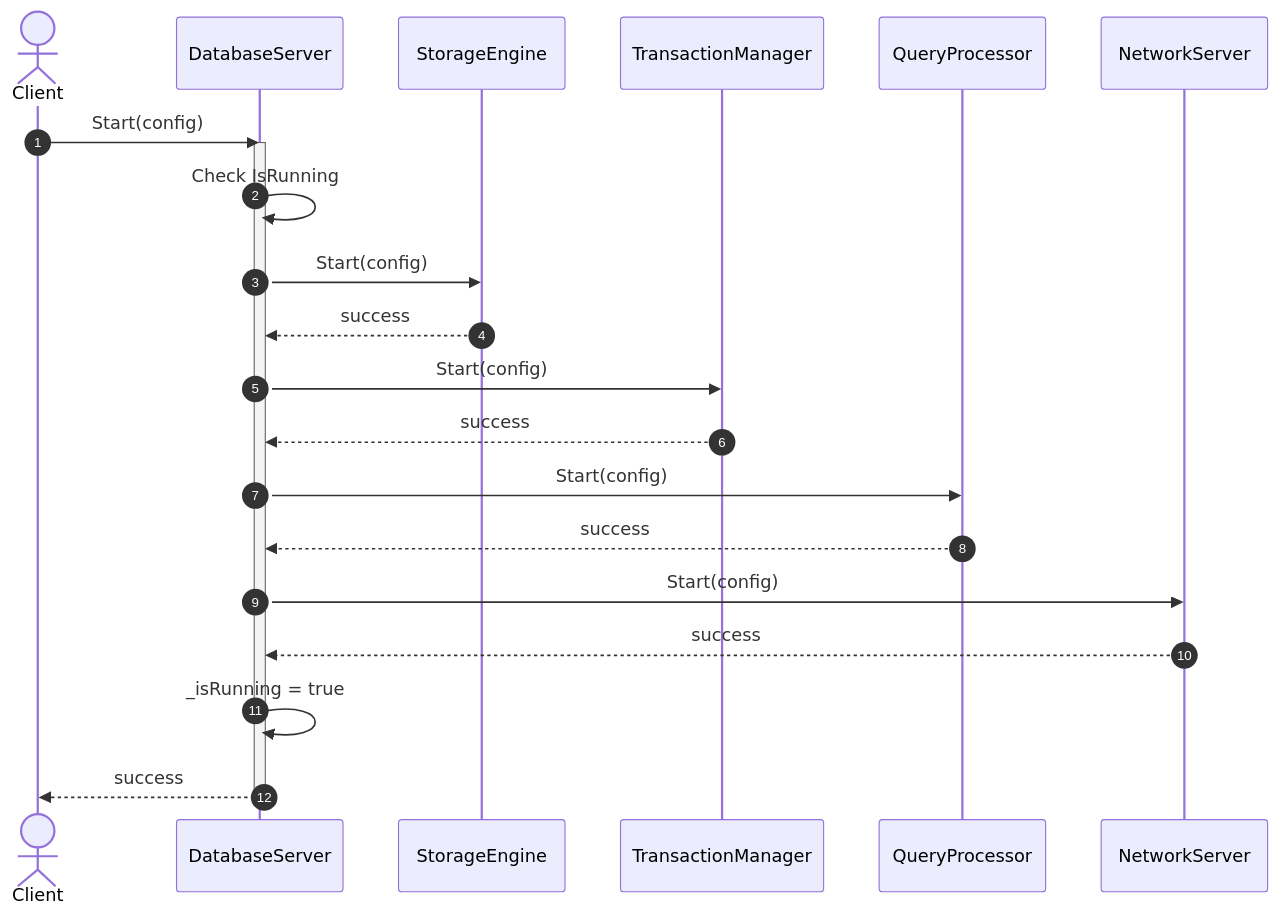
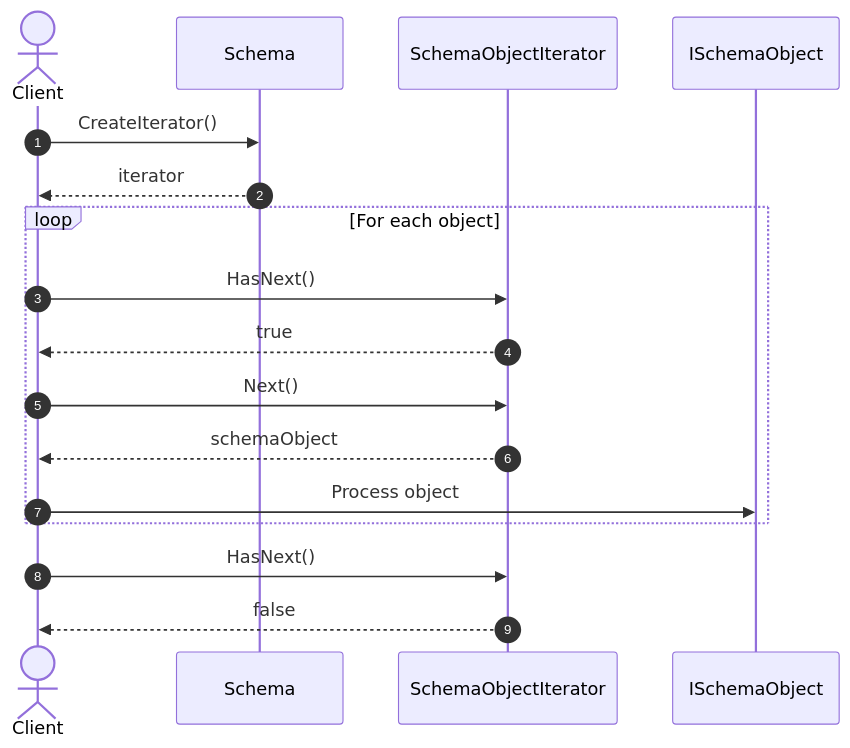
Diagram 12 of 12 in docs/design-patterns/README.md (manaxpow/DBMS), drawn with Mermaid before and after one commit. The commit also changed other lines of this file and 10 other files, not shown here.

Commit message:
Implement Interator for Schema

````diff
--- a/docs/design-patterns/README.md
+++ b/docs/design-patterns/README.md
@@ -483,33 +422,25 @@
 ```mermaid
 sequenceDiagram
     autonumber
 
     actor Client
-    participant Server as DatabaseServer
-    participant Storage as StorageEngine
-    participant Transaction as TransactionManager
-    participant Query as QueryProcessor
-    participant Network as NetworkServer
+    participant Schema
+    participant Iterator as SchemaObjectIterator
+    participant Object as ISchemaObject
 
-    Client->>Server: Start(config)
-    activate Server
+    Client->>Schema: CreateIterator()
+    Schema-->>Client: iterator
 
-    Server->>Server: Check IsRunning
+    loop For each object
+        Client->>Iterator: HasNext()
+        Iterator-->>Client: true
 
-    Server->>Storage: Start(config)
-    Storage-->>Server: success
+        Client->>Iterator: Next()
+        Iterator-->>Client: schemaObject
 
-    Server->>Transaction: Start(config)
-    Transaction-->>Server: success
+        Client->>Object: Process object
+    end
 
-    Server->>Query: Start(config)
-    Query-->>Server: success
-
-    Server->>Network: Start(config)
-    Network-->>Server: success
-
-    Server->>Server: _isRunning = true
-    Server-->>Client: success
-
-    deactivate Server 
+    Client->>Iterator: HasNext()
+    Iterator-->>Client: false
 ```
````
